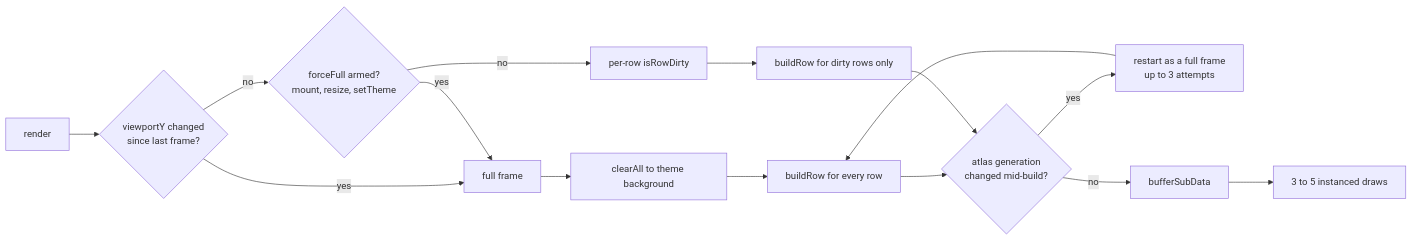
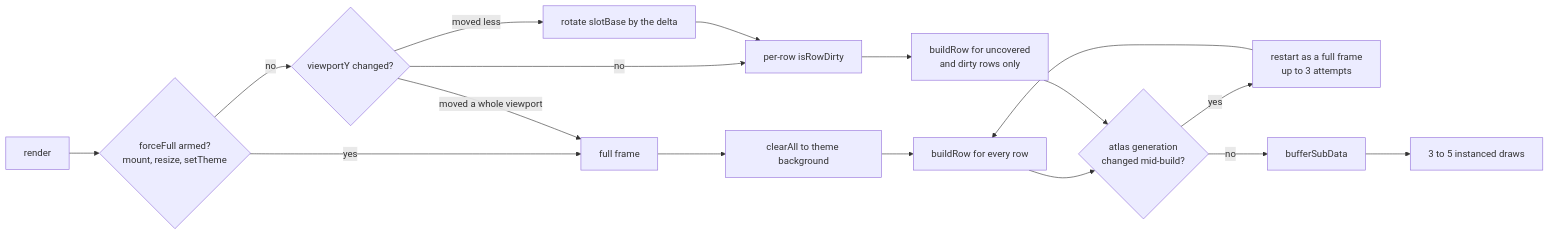
Before and after one commit to Gaurav-Gosain/vtgl: the second of 2 diagrams in docs/architecture.md, drawn with Mermaid. The commit also changed other lines of this file and 16 other files, not shown here.

````diff
--- a/docs/architecture.md
+++ b/docs/architecture.md
@@ -171,17 +173,19 @@
 ```mermaid
 flowchart LR
-  START[render] --> SCROLL{viewportY changed<br/>since last frame?}
-  SCROLL -- yes --> FULLF[full frame]
-  SCROLL -- no --> FLAG{forceFull armed?<br/>mount, resize, setTheme}
-  FLAG -- yes --> FULLF
-  FLAG -- no --> PER[per-row isRowDirty]
+  START[render] --> FLAG{forceFull armed?<br/>mount, resize, setTheme}
+  FLAG -- yes --> FULLF[full frame]
+  FLAG -- no --> SCROLL{viewportY changed?}
+  SCROLL -- moved a whole viewport --> FULLF
+  SCROLL -- moved less --> ROT[rotate slotBase by the delta]
+  SCROLL -- no --> PER[per-row isRowDirty]
+  ROT --> PER
   FULLF --> CLEAR[clearAll to theme background]
   CLEAR --> BUILD[buildRow for every row]
-  PER --> BUILD2[buildRow for dirty rows only]
+  PER --> BUILD2[buildRow for uncovered<br/>and dirty rows only]
   BUILD --> GEN{atlas generation<br/>changed mid-build?}
   BUILD2 --> GEN
   GEN -- yes --> RETRY[restart as a full frame<br/>up to 3 attempts]
   RETRY --> BUILD
   GEN -- no --> UPLOAD[bufferSubData]
   UPLOAD --> DRAWS[3 to 5 instanced draws]
 ```
````
